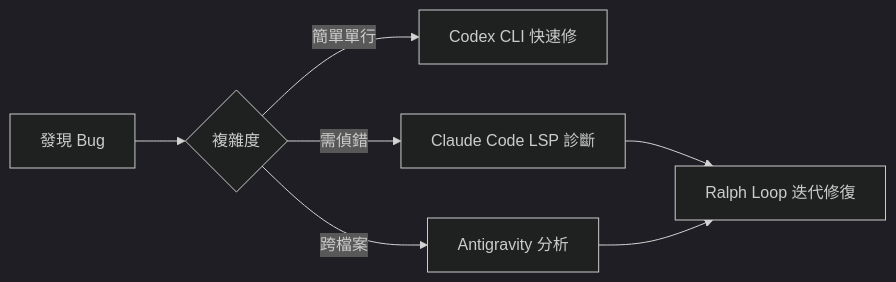
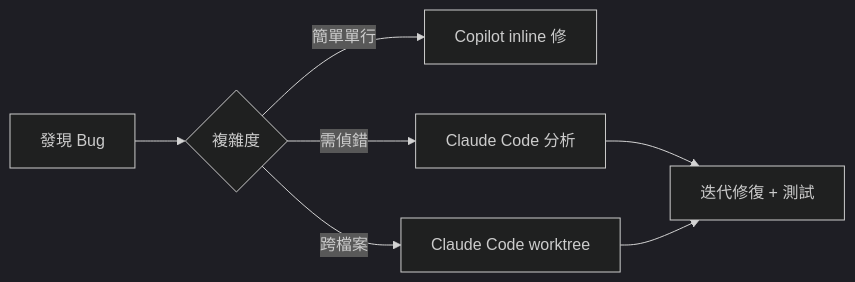
One commit to jungyu/data-science-2026 changed the second of 2 diagrams in agent-init/skills/sdd-bdd-workflow/references/agent-strategies.md. Above: the diagram before and after it, drawn with Mermaid (dark theme). The commit also changed other lines of this file and 33 other files, not shown here.

````diff
--- a/agent-init/skills/sdd-bdd-workflow/references/agent-strategies.md
+++ b/agent-init/skills/sdd-bdd-workflow/references/agent-strategies.md
@@ -145,9 +156,9 @@
 ```mermaid
 flowchart LR
     A[發現 Bug] --> B{複雜度}
-    B -->|簡單單行| C[Codex CLI 快速修]
-    B -->|需偵錯| D[Claude Code LSP 診斷]
-    B -->|跨檔案| E[Antigravity 分析]
-    D --> F[Ralph Loop 迭代修復]
+    B -->|簡單單行| C[Copilot inline 修]
+    B -->|需偵錯| D[Claude Code 分析]
+    B -->|跨檔案| E[Claude Code worktree]
+    D --> F[迭代修復 + 測試]
     E --> F
 ```
````
